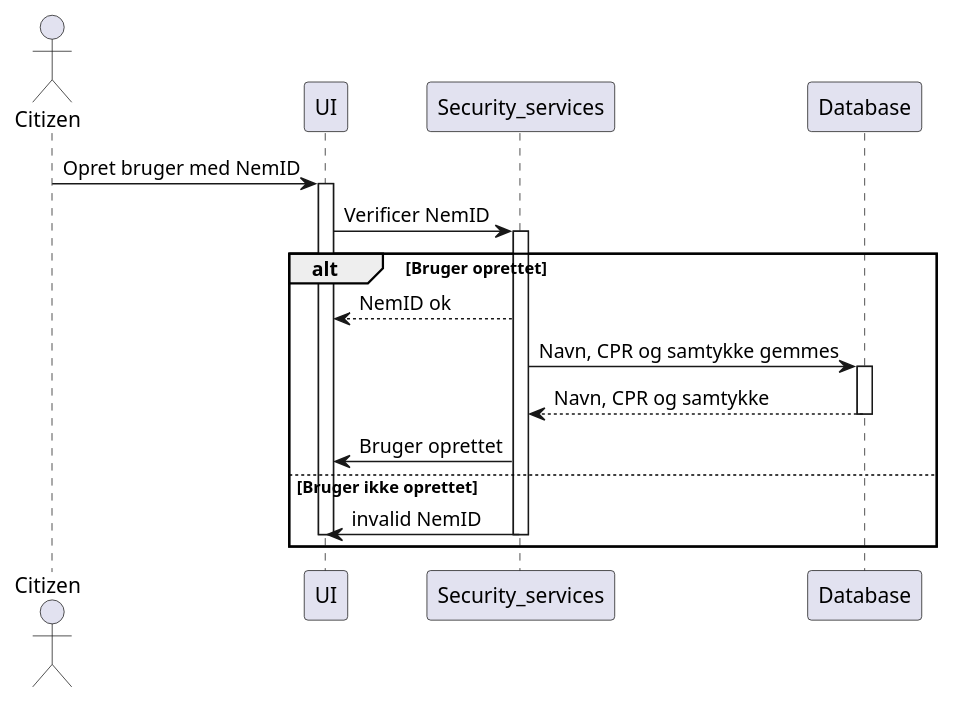
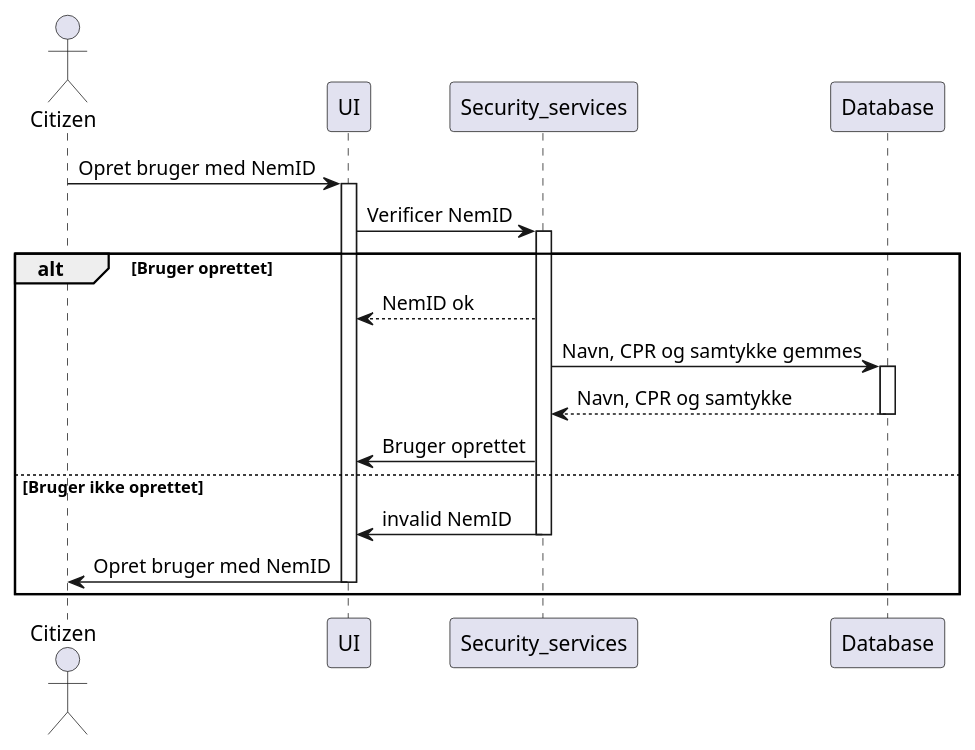
The diagram in Layer3.puml (FelixOsmark/Til_Leif), drawn with PlantUML before and after one commit.

```diff
--- a/Layer3.puml
+++ b/Layer3.puml
@@ -1,34 +1,34 @@
 @startuml
 'https://plantuml.com/sequence-diagram
 
 actor Citizen
 
 Citizen -> UI: Opret bruger med NemID
 activate UI
 
 UI -> Security_services: Verificer NemID
 activate Security_services
 
 
 alt Bruger oprettet
     Security_services --> UI: NemID ok
     Security_services -> Database: Navn, CPR og samtykke gemmes
     activate Database
 
     Security_services <-- Database: Navn, CPR og samtykke
     deactivate Database
     Security_services -> UI: Bruger oprettet
 
 
 
 else Bruger ikke oprettet
     Security_services -> UI: invalid NemID
    deactivate Security_services
-
+    Citizen <- UI: Opret bruger med NemID
     deactivate UI
 end
 
 
 
 
 @enduml
```
